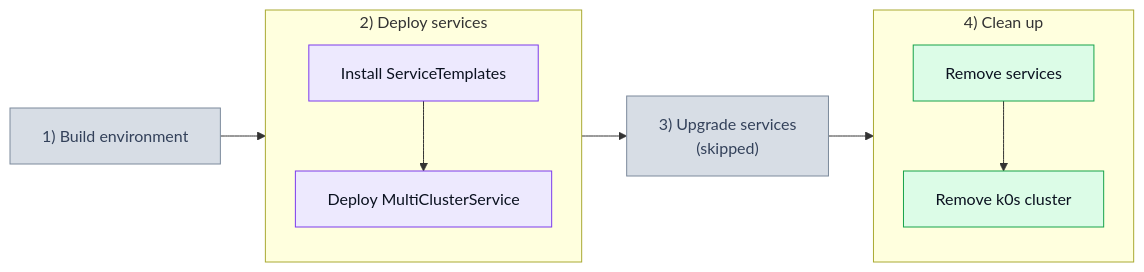
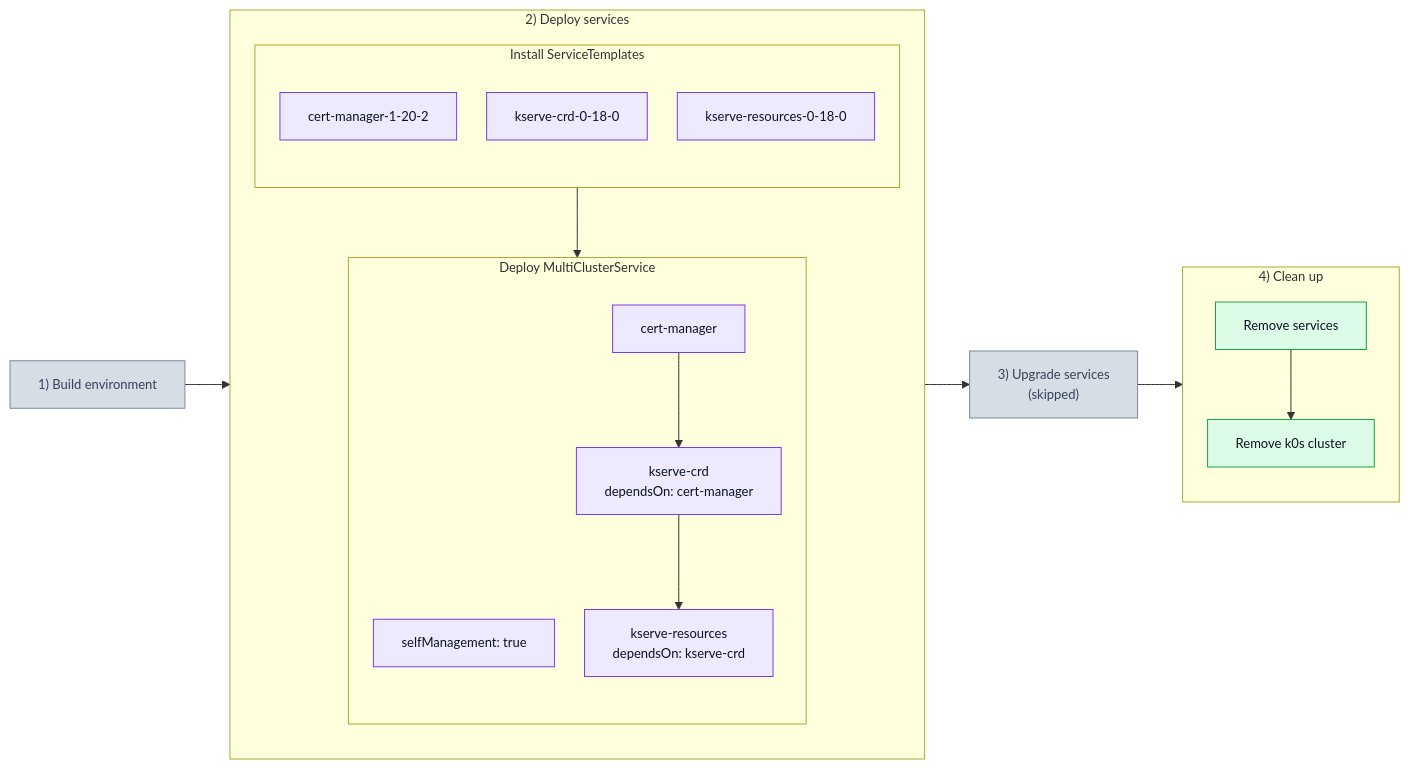
One commit to josef-hak/ksm-tests changed the second of 2 diagrams in test_scenarios/201_svcdep.md. Above: the diagram before and after it, drawn with Mermaid. The commit also changed other lines of this file, not shown here.

Commit message:
docs: monospace labels and sub-blocks in the scenario diagram

````diff
--- a/test_scenarios/201_svcdep.md
+++ b/test_scenarios/201_svcdep.md
@@ -29,27 +29,41 @@
 ```mermaid
-%%{init: {'flowchart': {'padding': 16, 'nodeSpacing': 40, 'rankSpacing': 45}}}%%
+%%{init: {'themeVariables': {'fontFamily': 'ui-monospace, SFMono-Regular, Menlo, Consolas, monospace', 'fontSize': '13px'}, 'flowchart': {'padding': 14, 'nodeSpacing': 30, 'rankSpacing': 45}}}%%
 flowchart LR
     P1["1) Build environment"]
 
     subgraph P2["2) Deploy services"]
         direction TB
-        D1["Install ServiceTemplates"] --> D2["Deploy MultiClusterService"]
+
+        subgraph D1["Install ServiceTemplates"]
+            direction TB
+            T1["cert-manager-1-20-2"]
+            T2["kserve-crd-0-18-0"]
+            T3["kserve-resources-0-18-0"]
+        end
+
+        subgraph D2["Deploy MultiClusterService"]
+            direction TB
+            M0["selfManagement: true"]
+            M1["cert-manager"] --> M2["kserve-crd<br/>dependsOn: cert-manager"] --> M3["kserve-resources<br/>dependsOn: kserve-crd"]
+        end
+
+        D1 --> D2
     end
 
     P3["3) Upgrade services<br/>(skipped)"]
 
     subgraph P4["4) Clean up"]
         direction TB
         C1["Remove services"] --> C2["Remove k0s cluster"]
     end
 
     P1 --> P2 --> P3 --> P4
 
     classDef off fill:#d7dde5,stroke:#7c8a9c,color:#33415a
     classDef dep fill:#ede9fe,stroke:#7c3aed,color:#0b1220
     classDef out fill:#dcfce7,stroke:#16a34a,color:#0b1220
 
     class P1,P3 off
-    class D1,D2 dep
+    class T1,T2,T3,M0,M1,M2,M3 dep
     class C1,C2 out
 ```
````
